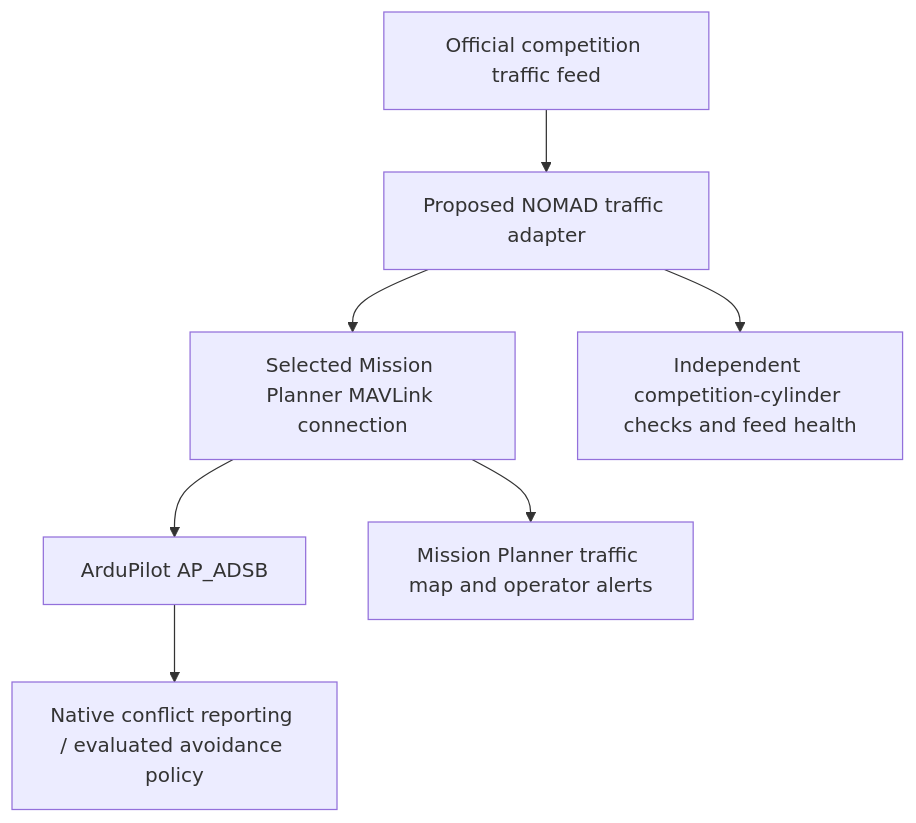
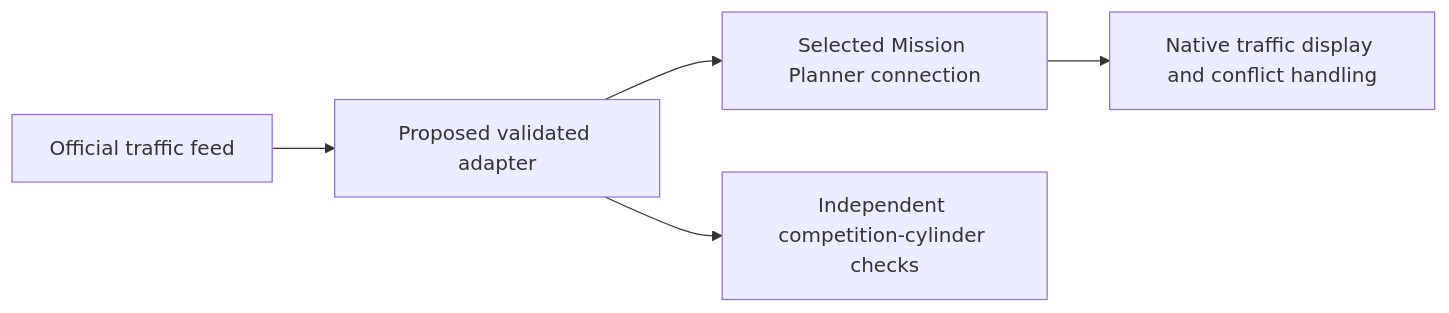
Before and after one commit to McGill-Aerial-Design/NOMAD: the diagram in docs/brainstorming.md, drawn with Mermaid. The commit also changed other lines of this file and 40 other files, not shown here.

````diff
--- a/docs/brainstorming.md
+++ b/docs/brainstorming.md
@@ -16,9 +35,7 @@
 ```mermaid
-flowchart TB
-  Server[Official competition traffic feed] --> Adapter[Proposed NOMAD traffic adapter]
-  Adapter --> MP[Selected Mission Planner MAVLink connection]
-  MP --> ADSB[ArduPilot AP_ADSB]
-  ADSB --> Avoid[Native conflict reporting / evaluated avoidance policy]
-  Adapter --> Oracle[Independent competition-cylinder checks and feed health]
-  MP --> Display[Mission Planner traffic map and operator alerts]
+flowchart LR
+  Feed[Official traffic feed] --> Adapter[Proposed validated adapter]
+  Adapter --> MP[Selected Mission Planner connection]
+  MP --> Native[Native traffic display and conflict handling]
+  Adapter --> Check[Independent competition-cylinder checks]
 ```
````
